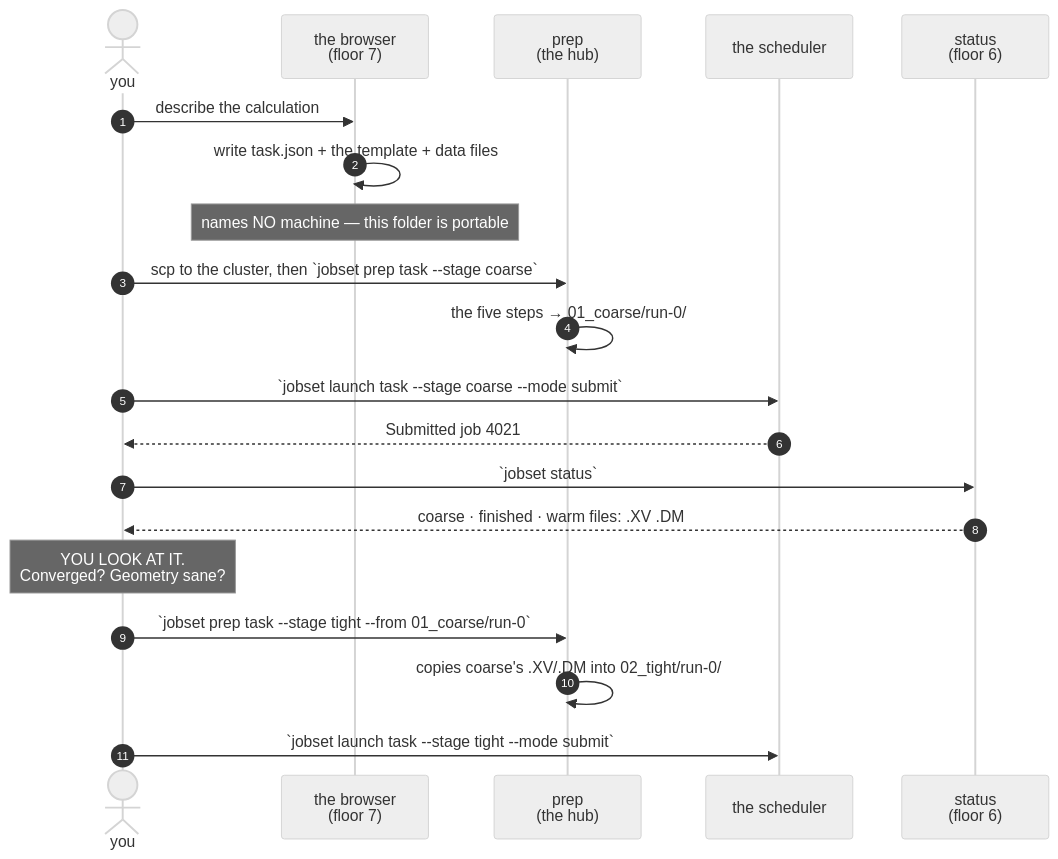
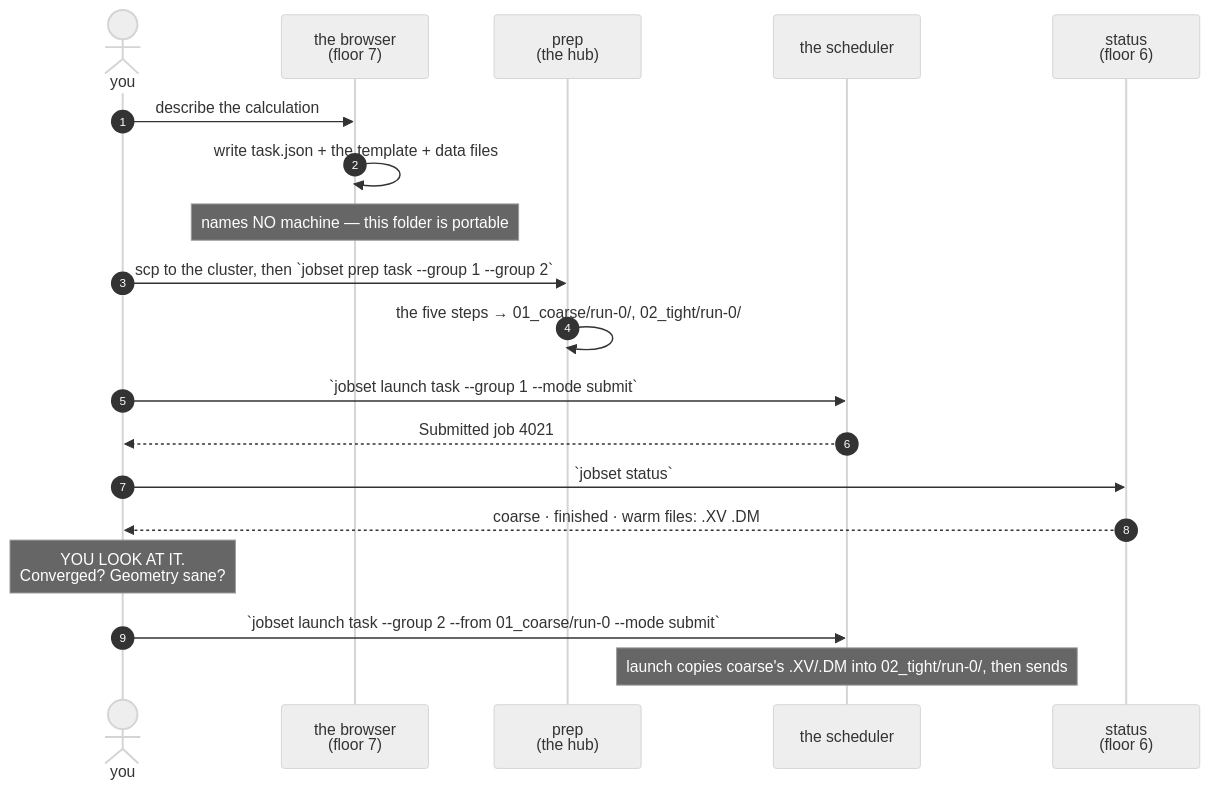
Before and after one commit to Qing-LAB/molbuilder: the seventh of 10 diagrams in docs/execution/architecture.md, drawn with Mermaid (neutral theme). The commit also changed other lines of this file and 282 other files, not shown here.

````diff
--- a/docs/execution/architecture.md
+++ b/docs/execution/architecture.md
@@ -862,23 +880,22 @@
 ```mermaid
 sequenceDiagram
     autonumber
     actor U as you
     participant B as the browser<br/>(floor 7)
     participant P as prep<br/>(the hub)
     participant S as the scheduler
     participant O as status<br/>(floor 6)
 
     U->>B: describe the calculation
     B->>B: write task.json + the template + data files
     Note over B: names NO machine — this folder is portable
-    U->>P: scp to the cluster, then `jobset prep task --stage coarse`
-    P->>P: the five steps → 01_coarse/run-0/
-    U->>S: `jobset launch task --stage coarse --mode submit`
+    U->>P: scp to the cluster, then `jobset prep task --group 1 --group 2`
+    P->>P: the five steps → 01_coarse/run-0/, 02_tight/run-0/
+    U->>S: `jobset launch task --group 1 --mode submit`
     S-->>U: Submitted job 4021
     U->>O: `jobset status`
     O-->>U: coarse · finished · warm files: .XV .DM
     Note over U: YOU LOOK AT IT.<br/>Converged? Geometry sane?
-    U->>P: `jobset prep task --stage tight --from 01_coarse/run-0`
-    P->>P: copies coarse's .XV/.DM into 02_tight/run-0/
-    U->>S: `jobset launch task --stage tight --mode submit`
+    U->>S: `jobset launch task --group 2 --from 01_coarse/run-0 --mode submit`
+    Note over S: launch copies coarse's .XV/.DM into 02_tight/run-0/, then sends
 ```
````
